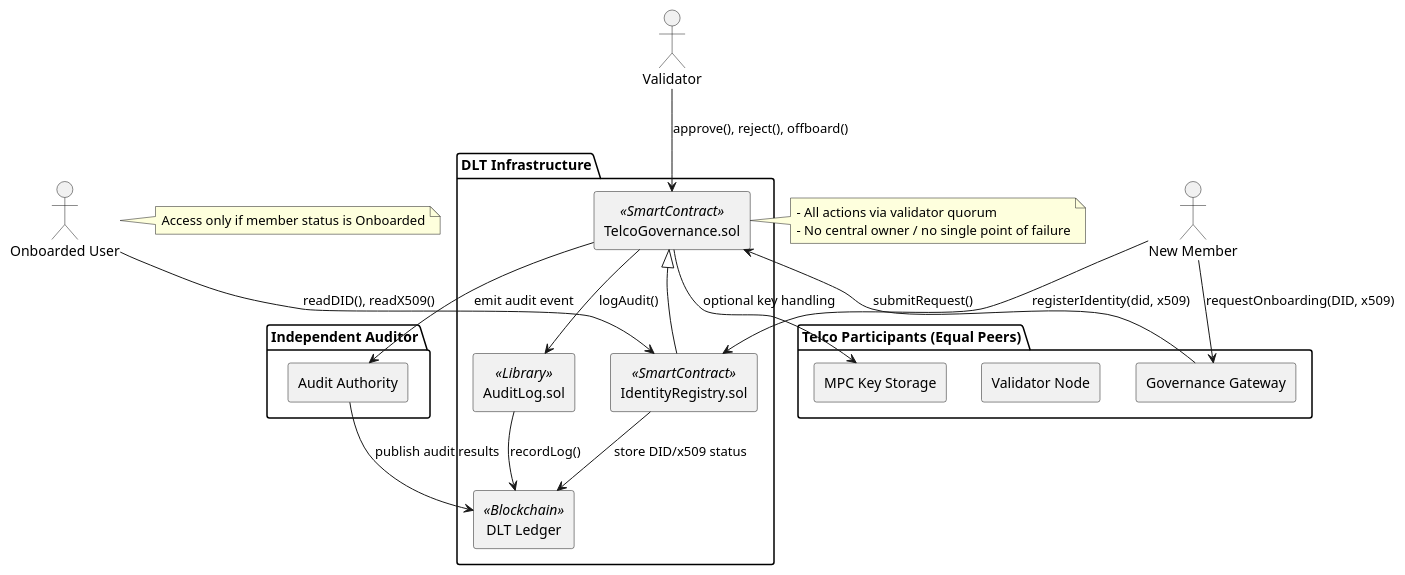
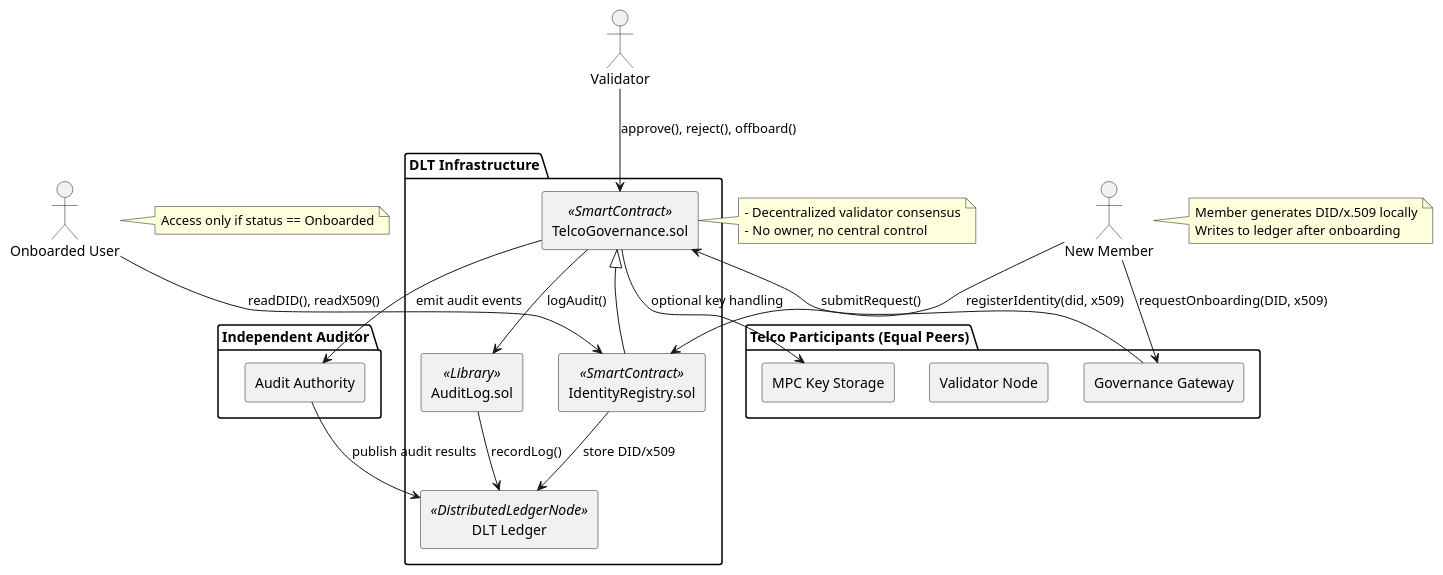
The diagram in telco-dlt-hardhat-solidity/design/componentDiagram-noSPof-OnboardedUser.puml (drkt/DLT-Governance-On-Eye-Level), drawn with PlantUML before and after one commit. The commit also changed other lines of this file and 1 other file, not shown here.

Commit message:
update component diagram - add self generated did/x509

```diff
--- a/telco-dlt-hardhat-solidity/design/componentDiagram-noSPof-OnboardedUser.puml
+++ b/telco-dlt-hardhat-solidity/design/componentDiagram-noSPof-OnboardedUser.puml
@@ -1,52 +1,57 @@
 @startuml
 skinparam componentStyle rectangle
 
 package "DLT Infrastructure" {
   [TelcoGovernance.sol] <<SmartContract>>
   [AuditLog.sol] <<Library>>
   [IdentityRegistry.sol] <<SmartContract>>
-  [DLT Ledger] <<Blockchain>>
+  [DLT Ledger] <<DistributedLedgerNode>>
 }
 
 package "Telco Participants (Equal Peers)" {
   [Governance Gateway]
   [Validator Node]
   [MPC Key Storage]
 }
 
 package "Independent Auditor" {
   [Audit Authority]
 }
 
 actor "New Member" as Partner
 actor "Validator"
 actor "Onboarded User" as Reader
 
 ' --- Governance & Membership ---
 Partner --> [Governance Gateway] : requestOnboarding(DID, x509)
 [Governance Gateway] --> [TelcoGovernance.sol] : submitRequest()
 Validator --> [TelcoGovernance.sol] : approve(), reject(), offboard()
 [TelcoGovernance.sol] --> [AuditLog.sol] : logAudit()
 [AuditLog.sol] --> [DLT Ledger] : recordLog()
 
 ' --- Identity Management ---
 [TelcoGovernance.sol] <|-- [IdentityRegistry.sol]
-[IdentityRegistry.sol] --> [DLT Ledger] : store DID/x509 status
+[IdentityRegistry.sol] --> [DLT Ledger] : store DID/x509
 
+' Self-sovereign write action
 Partner --> [IdentityRegistry.sol] : registerIdentity(did, x509)
+note right of Partner
+  Member generates DID/x.509 locally
+  Writes to ledger after onboarding
+end note
+
 Reader --> [IdentityRegistry.sol] : readDID(), readX509()
-
 note right of Reader
-  Access only if member status is Onboarded
+  Access only if status == Onboarded
 end note
 
 ' --- Supporting Infrastructure ---
 [TelcoGovernance.sol] --> [MPC Key Storage] : optional key handling
-[TelcoGovernance.sol] --> [Audit Authority] : emit audit event
+[TelcoGovernance.sol] --> [Audit Authority] : emit audit events
 [Audit Authority] --> [DLT Ledger] : publish audit results
 
 note right of [TelcoGovernance.sol]
-  - All actions via validator quorum
-  - No central owner / no single point of failure
+  - Decentralized validator consensus
+  - No owner, no central control
 end note
 @enduml
```
